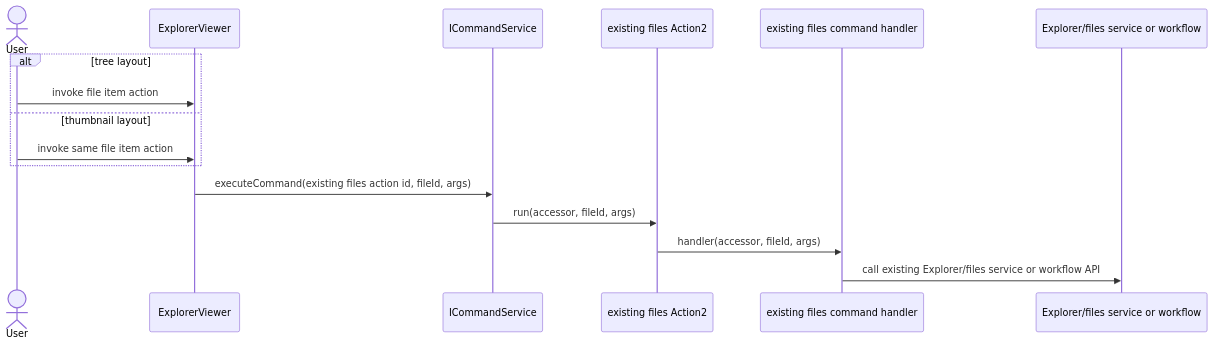
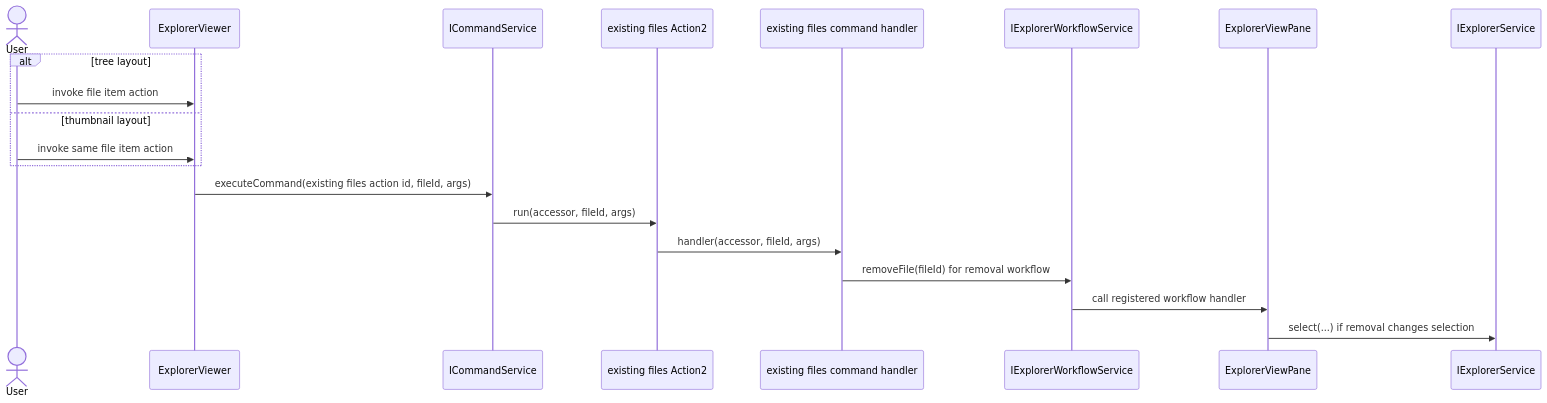
One commit to chogng/conductor changed the fourth of 8 diagrams in .github/instructions/files.instructions.md. Above: the diagram before and after it, drawn with Mermaid. The commit also changed other lines of this file and 82 other files, not shown here.

````diff
--- a/.github/instructions/files.instructions.md
+++ b/.github/instructions/files.instructions.md
@@ -359,19 +367,23 @@
 ```mermaid
 sequenceDiagram
     actor User
     participant ExplorerViewer
     participant CommandService as ICommandService
     participant FilesAction as existing files Action2
     participant FilesCommand as existing files command handler
-    participant ExplorerFiles as Explorer/files service or workflow
+    participant WorkflowService as IExplorerWorkflowService
+    participant ExplorerViewPane
+    participant ExplorerService as IExplorerService
 
     alt tree layout
         User->>ExplorerViewer: invoke file item action
     else thumbnail layout
         User->>ExplorerViewer: invoke same file item action
     end
     ExplorerViewer->>CommandService: executeCommand(existing files action id, fileId, args)
     CommandService->>FilesAction: run(accessor, fileId, args)
     FilesAction->>FilesCommand: handler(accessor, fileId, args)
-    FilesCommand->>ExplorerFiles: call existing Explorer/files service or workflow API
+    FilesCommand->>WorkflowService: removeFile(fileId) for removal workflow
+    WorkflowService->>ExplorerViewPane: call registered workflow handler
+    ExplorerViewPane->>ExplorerService: select(...) if removal changes selection
 ```
````
